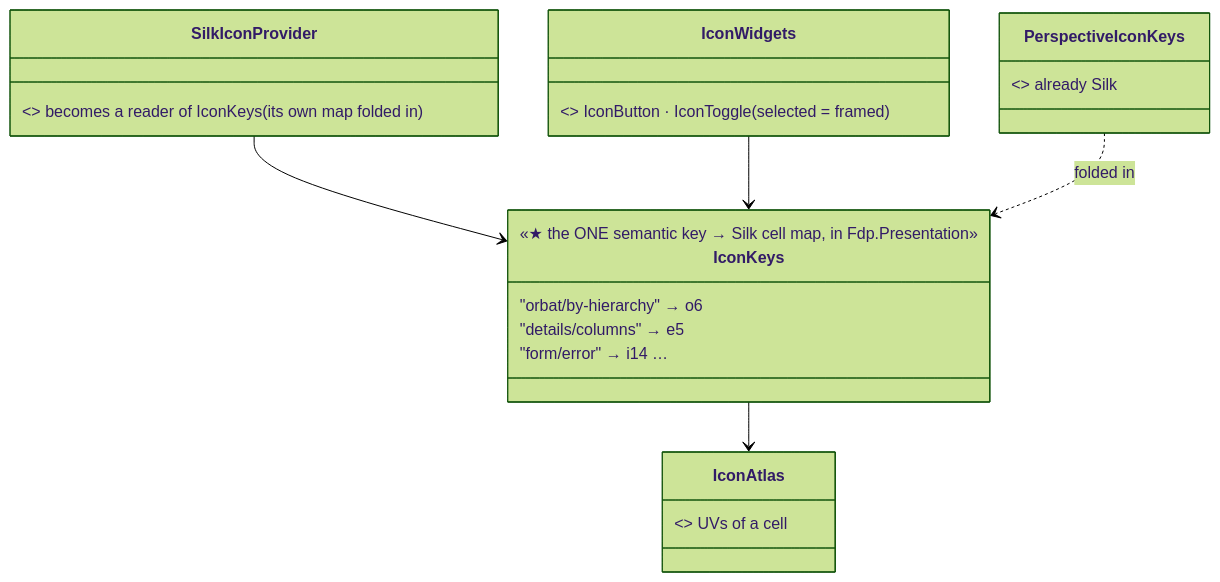
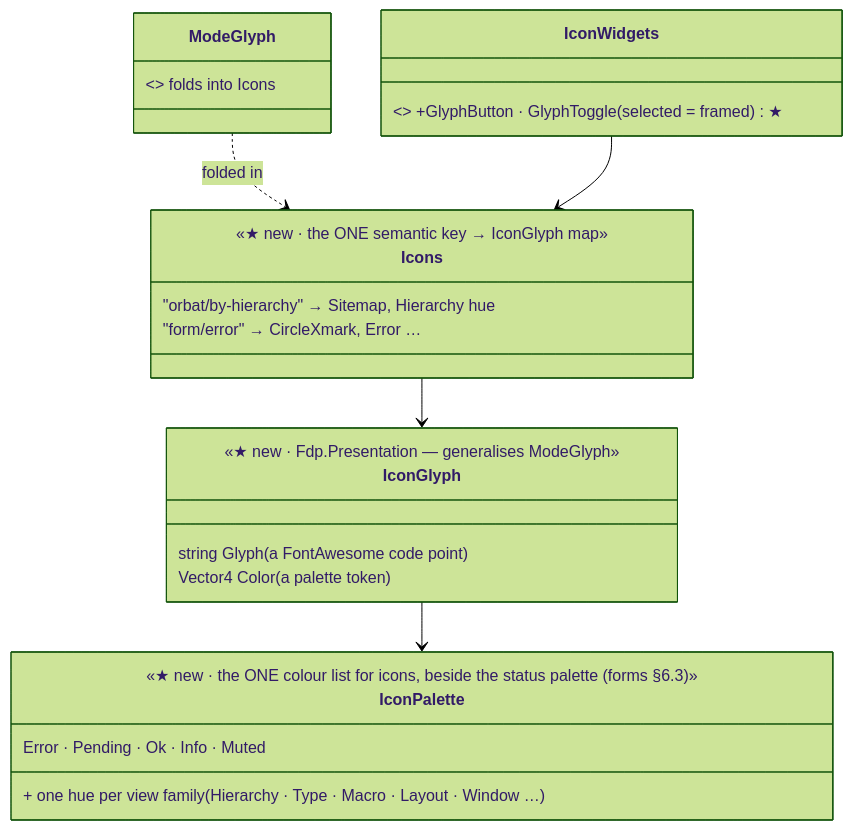
The diagram in docs/UX/DESIGN_Colour_Icons.md (pjanec/HROT), drawn with Mermaid (forest theme) before and after one commit. The commit also changed other lines of this file and 9 other files, not shown here.

First line of the commit message:
Icons are COLOURED FontAwesome glyphs (user; R-4139 revises R-4138's Silk): E16 rewritten, forms marks redrawn with the real FA outlines

````diff
--- a/docs/UX/DESIGN_Colour_Icons.md
+++ b/docs/UX/DESIGN_Colour_Icons.md
@@ -43,17 +43,24 @@
 ```mermaid
 classDiagram
-  class IconAtlas { <<existing · Fdp.Presentation/ImGui/Icons>> UVs of a cell }
-  class IconKeys {
-    <<★ the ONE semantic key → Silk cell map, in Fdp.Presentation>>
-    "orbat/by-hierarchy" → o6
-    "details/columns" → e5
-    "form/error" → i14 …
+  class IconGlyph {
+    <<★ new · Fdp.Presentation — generalises ModeGlyph>>
+    string Glyph (a FontAwesome code point)
+    Vector4 Color (a palette token)
   }
-  class SilkIconProvider { <<existing · AiShared>> becomes a reader of IconKeys (its own map folded in) }
-  class IconWidgets { <<existing · Fdp.Presentation/ImGui/Icons>> IconButton · IconToggle (selected = framed) }
-  class PerspectiveIconKeys { <<existing>> already Silk }
-  IconKeys --> IconAtlas
-  SilkIconProvider --> IconKeys
-  IconWidgets --> IconKeys
-  PerspectiveIconKeys ..> IconKeys : folded in
+  class IconPalette {
+    <<★ new · the ONE colour list for icons, beside the status palette (forms §6.3)>>
+    Error · Pending · Ok · Info · Muted
+    + one hue per view family (Hierarchy · Type · Macro · Layout · Window …)
+  }
+  class Icons {
+    <<★ new · the ONE semantic key → IconGlyph map>>
+    "orbat/by-hierarchy" → Sitemap, Hierarchy hue
+    "form/error" → CircleXmark, Error …
+  }
+  class ModeGlyph { <<existing · MainToolbarTimeControlSection>> folds into Icons }
+  class IconWidgets { <<existing · Fdp.Presentation/ImGui/Icons>> +GlyphButton · GlyphToggle (selected = framed) ★ }
+  Icons --> IconGlyph
+  IconGlyph --> IconPalette
+  ModeGlyph ..> Icons : folded in
+  IconWidgets --> Icons
 ```
````
